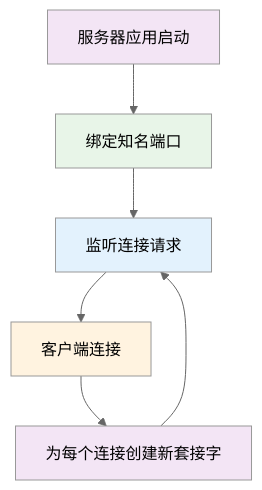
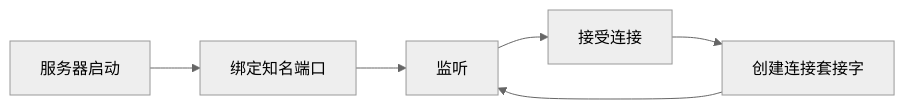
The seventh of 9 diagrams in 计算机网络/3.1传输层：服务模型与多路复用.md (Dtheme/CS-base), drawn with Mermaid (neutral theme) before and after one commit. The commit also changed other lines of this file and 51 other files, not shown here.

````diff
--- a/计算机网络/3.1传输层：服务模型与多路复用.md
+++ b/计算机网络/3.1传输层：服务模型与多路复用.md
@@ -390,14 +333,5 @@
 ```mermaid
-graph TD
-    A[服务器应用启动] --> B[绑定知名端口]
-    B --> C[监听连接请求]
-    C --> D[客户端连接]
-    D --> E[为每个连接创建新套接字]
-    E --> C
-    
-    style A fill:#f3e5f5,color:#000000
-    style B fill:#e8f5e8,color:#000000
-    style C fill:#e3f2fd,color:#000000
-    style D fill:#fff3e0,color:#000000
-    style E fill:#f3e5f5,color:#000000
+graph LR
+    A[服务器启动] --> B[绑定知名端口] --> C[监听]
+    C --> D[接受连接] --> E[创建连接套接字] --> C
 ```
````
